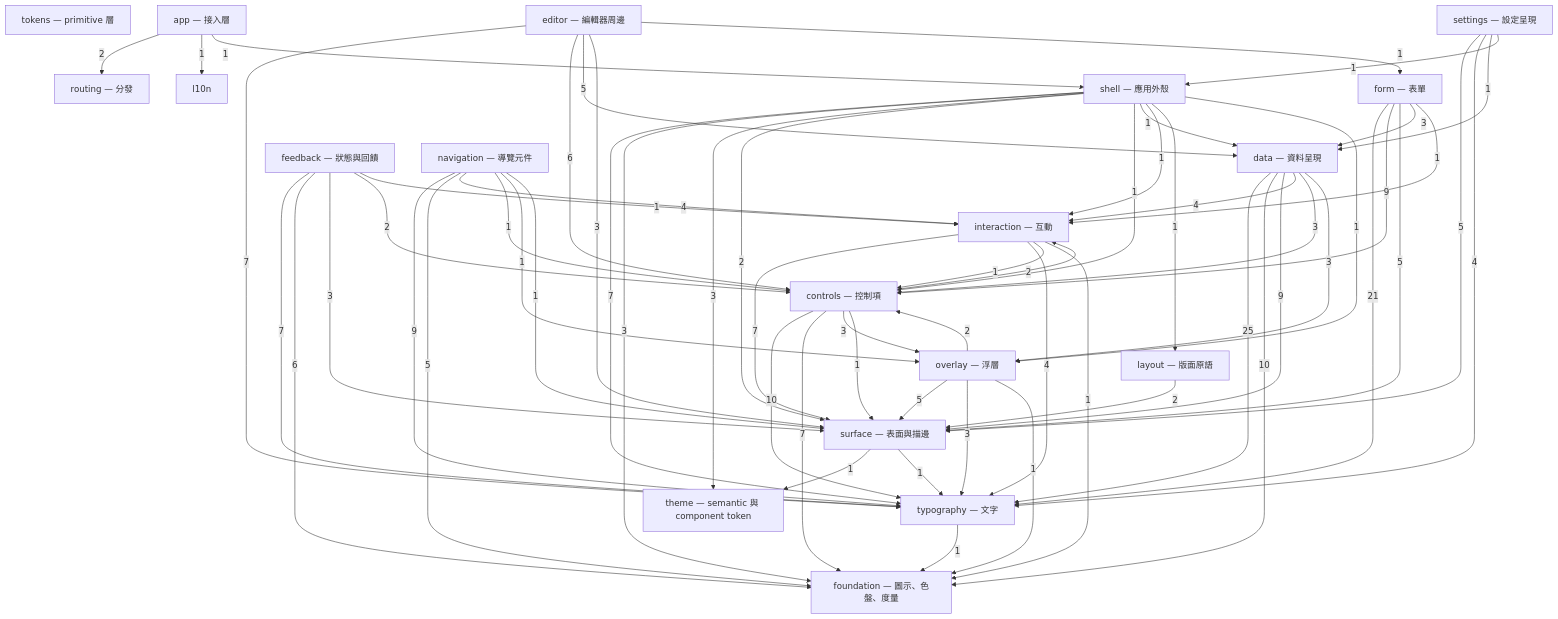
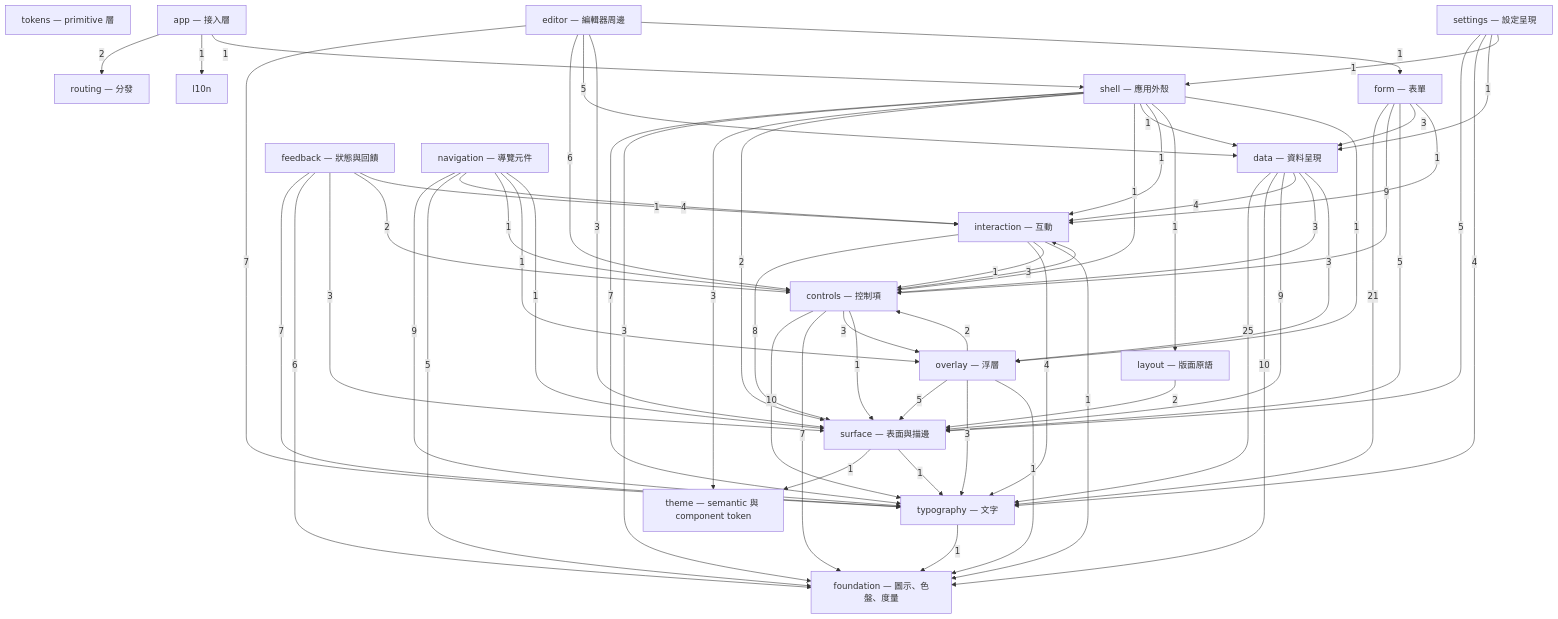
Before and after one commit to MiuDog/Kallopis: the first of 17 diagrams in spec/component-inventory.md, drawn with Mermaid. The commit also changed other lines of this file and 67 other files, not shown here.

````diff
--- a/spec/component-inventory.md
+++ b/spec/component-inventory.md
@@ -18,81 +18,81 @@
 ```mermaid
 graph TD
   tokens["tokens — primitive 層"]
   theme["theme — semantic 與 component token"]
   foundation["foundation — 圖示、色盤、度量"]
   typography["typography — 文字"]
   surface["surface — 表面與描邊"]
   interaction["interaction — 互動"]
   layout["layout — 版面原語"]
   overlay["overlay — 浮層"]
   controls["controls — 控制項"]
   data["data — 資料呈現"]
   form["form — 表單"]
   feedback["feedback — 狀態與回饋"]
   navigation["navigation — 導覽元件"]
   editor["editor — 編輯器周邊"]
   routing["routing — 分發"]
   shell["shell — 應用外殼"]
   settings["settings — 設定呈現"]
   app["app — 接入層"]
   data -->|25| typography
   form -->|21| typography
   controls -->|10| typography
   data -->|10| foundation
   data -->|9| surface
   form -->|9| controls
   navigation -->|9| typography
+  interaction -->|8| surface
   controls -->|7| foundation
   editor -->|7| typography
   feedback -->|7| typography
-  interaction -->|7| surface
   shell -->|7| typography
   editor -->|6| controls
   feedback -->|6| foundation
   editor -->|5| data
   form -->|5| surface
   navigation -->|5| foundation
   overlay -->|5| surface
   settings -->|5| surface
   data -->|4| interaction
   interaction -->|4| typography
   navigation -->|4| interaction
   settings -->|4| typography
+  controls -->|3| interaction
   controls -->|3| overlay
   data -->|3| controls
   data -->|3| overlay
   editor -->|3| surface
   feedback -->|3| surface
   form -->|3| data
   overlay -->|3| typography
   shell -->|3| foundation
   shell -->|3| theme
   app -->|2| routing
-  controls -->|2| interaction
   feedback -->|2| controls
   layout -->|2| surface
   overlay -->|2| controls
   shell -->|2| surface
   app -->|1| l10n
   app -->|1| shell
   controls -->|1| surface
   editor -->|1| form
   feedback -->|1| interaction
   form -->|1| interaction
   interaction -->|1| controls
   interaction -->|1| foundation
   navigation -->|1| controls
   navigation -->|1| overlay
   navigation -->|1| surface
   overlay -->|1| foundation
   settings -->|1| data
   settings -->|1| shell
   shell -->|1| controls
   shell -->|1| data
   shell -->|1| interaction
   shell -->|1| layout
   shell -->|1| overlay
   surface -->|1| theme
   surface -->|1| typography
   typography -->|1| foundation
 ```
````
